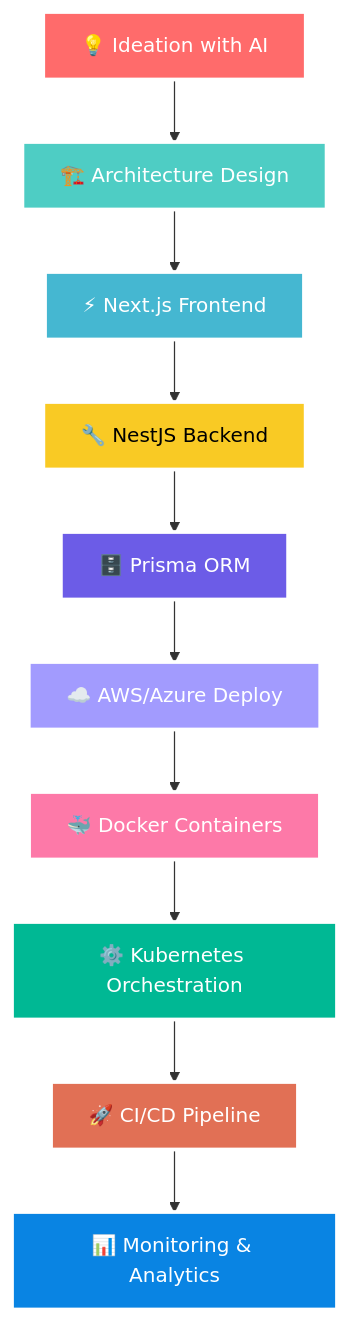
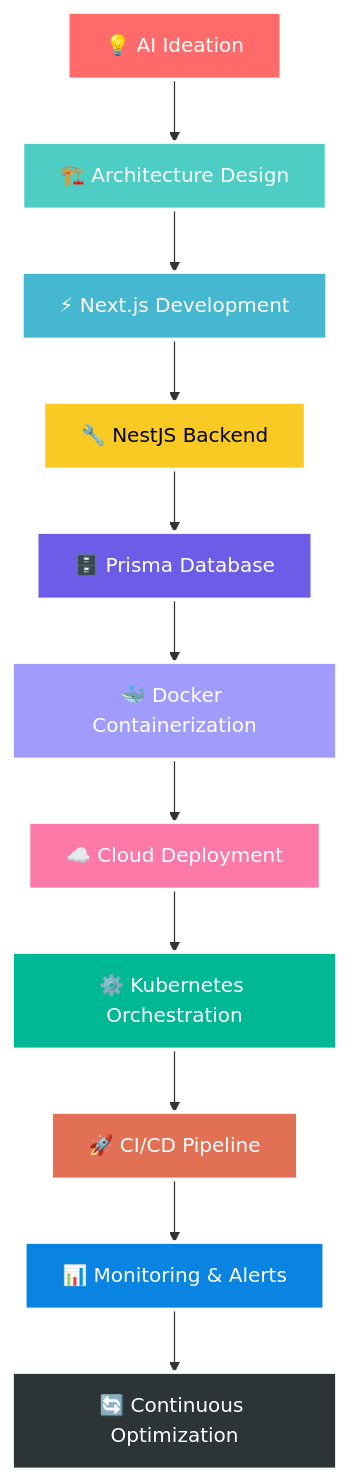
One commit to IT21182914/IT21182914 changed the diagram in README.md. Above: the diagram before and after it, drawn with Mermaid. The commit also changed other lines of this file, not shown here.

````diff
--- a/README.md
+++ b/README.md
@@ -126,23 +171,25 @@
 ```mermaid
 graph TD
-    A[💡 Ideation with AI] --> B[🏗️ Architecture Design]
-    B --> C[⚡ Next.js Frontend]
+    A[💡 AI Ideation] --> B[🏗️ Architecture Design]
+    B --> C[⚡ Next.js Development]
     C --> D[🔧 NestJS Backend]
-    D --> E[🗄️ Prisma ORM]
-    E --> F[☁️ AWS/Azure Deploy]
-    F --> G[🐳 Docker Containers]
+    D --> E[🗄️ Prisma Database]
+    E --> F[🐳 Docker Containerization]
+    F --> G[☁️ Cloud Deployment]
     G --> H[⚙️ Kubernetes Orchestration]
     H --> I[🚀 CI/CD Pipeline]
-    I --> J[📊 Monitoring & Analytics]
+    I --> J[📊 Monitoring & Alerts]
+    J --> K[🔄 Continuous Optimization]
     
     style A fill:#ff6b6b,stroke:#ffffff,stroke-width:3px,color:#ffffff
     style B fill:#4ecdc4,stroke:#ffffff,stroke-width:3px,color:#ffffff
     style C fill:#45b7d1,stroke:#ffffff,stroke-width:3px,color:#ffffff
     style D fill:#f9ca24,stroke:#ffffff,stroke-width:3px,color:#000000
     style E fill:#6c5ce7,stroke:#ffffff,stroke-width:3px,color:#ffffff
     style F fill:#a29bfe,stroke:#ffffff,stroke-width:3px,color:#ffffff
     style G fill:#fd79a8,stroke:#ffffff,stroke-width:3px,color:#ffffff
     style H fill:#00b894,stroke:#ffffff,stroke-width:3px,color:#ffffff
     style I fill:#e17055,stroke:#ffffff,stroke-width:3px,color:#ffffff
     style J fill:#0984e3,stroke:#ffffff,stroke-width:3px,color:#ffffff
+    style K fill:#2d3436,stroke:#ffffff,stroke-width:3px,color:#ffffff
 ```
````
